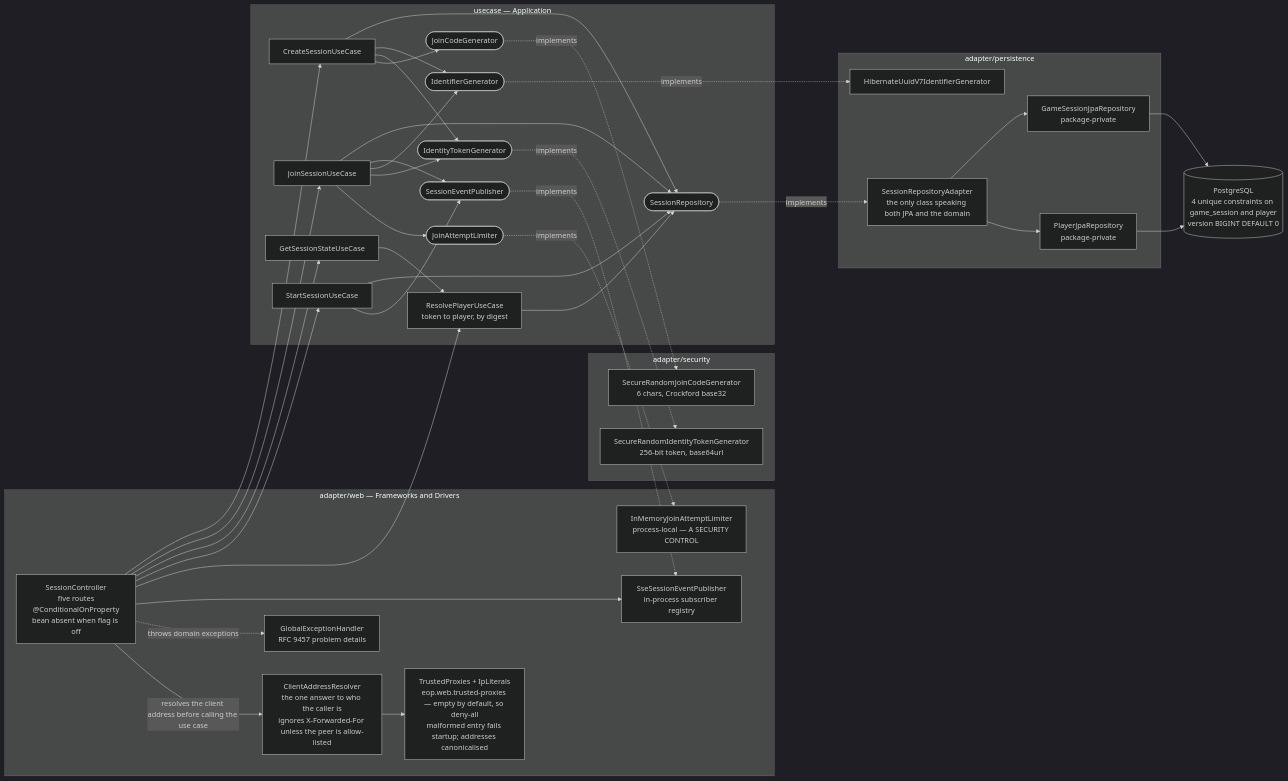
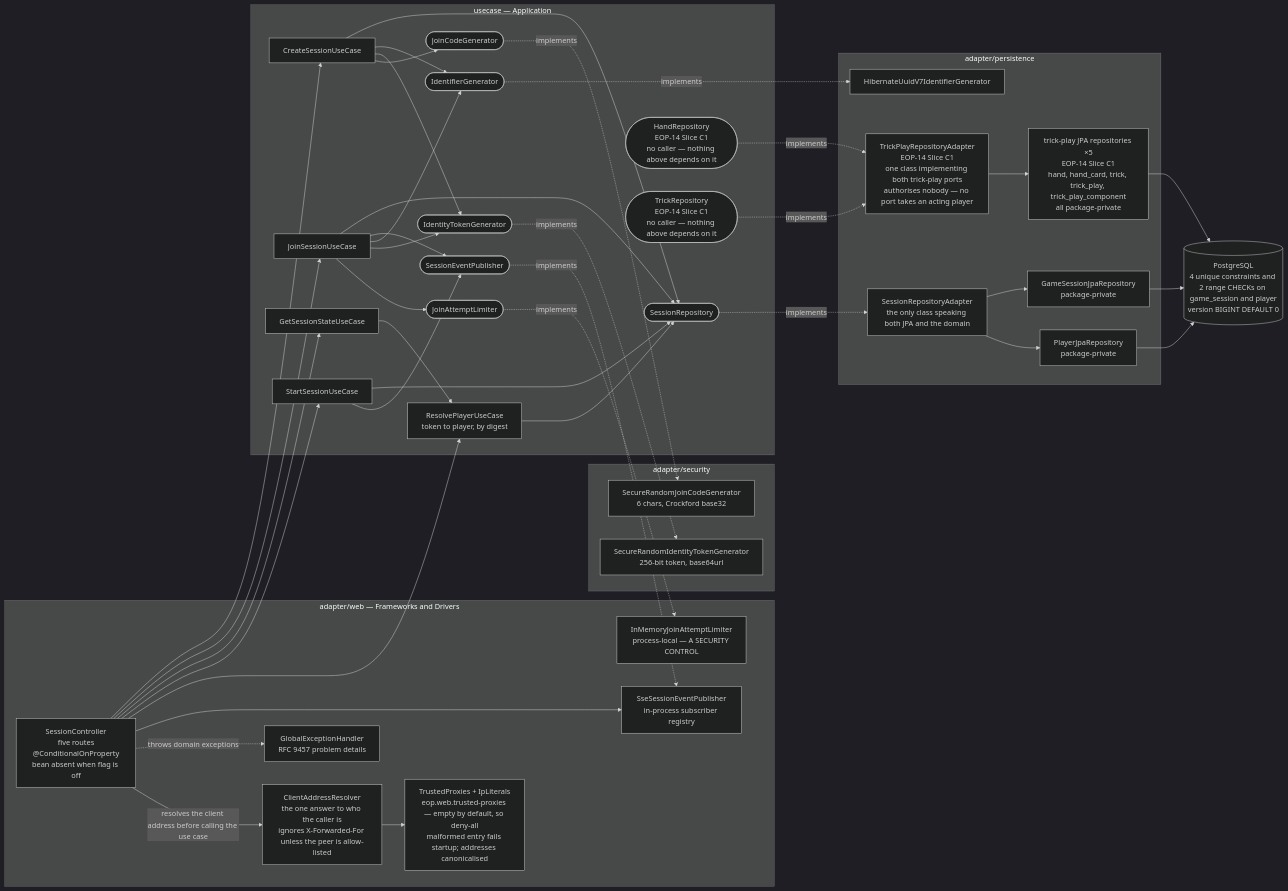
One commit to maglez/eop-threat-medeling changed the second of 3 diagrams in docs/architecture/C4-Diagrams.md. Above: the diagram before and after it, drawn with Mermaid (dark theme). The commit also changed other lines of this file and 14 other files, not shown here.

````diff
--- a/docs/architecture/C4-Diagrams.md
+++ b/docs/architecture/C4-Diagrams.md
@@ -134,6 +141,8 @@
         P4(["IdentityTokenGenerator"])
         P5(["JoinCodeGenerator"])
         P6(["JoinAttemptLimiter"])
+        P7(["HandRepository<br/>EOP-14 Slice C1<br/>no caller — nothing above depends on it"])
+        P8(["TrickRepository<br/>EOP-14 Slice C1<br/>no caller — nothing above depends on it"])
     end
 
     subgraph persist["adapter/persistence"]
@@ -141,9 +150,11 @@
         GSR["GameSessionJpaRepository<br/>package-private"]
         PJR["PlayerJpaRepository<br/>package-private"]
         UUIDG["HibernateUuidV7IdentifierGenerator"]
+        TPRA["TrickPlayRepositoryAdapter<br/>EOP-14 Slice C1<br/>one class implementing both trick-play ports<br/>authorises nobody — no port takes an acting player"]
+        TPJR["trick-play JPA repositories ×5<br/>EOP-14 Slice C1<br/>hand, hand_card, trick, trick_play, trick_play_component<br/>all package-private"]
     end
 
-    DB[("PostgreSQL<br/>4 unique constraints on game_session and player<br/>version BIGINT DEFAULT 0")]
+    DB[("PostgreSQL<br/>4 unique constraints and 2 range CHECKs on game_session and player<br/>version BIGINT DEFAULT 0")]
 
     SC --> CREATE
     SC --> JOIN
@@ -175,9 +186,13 @@
     P4 -.->|implements| TOK
     P5 -.->|implements| JC
     P6 -.->|implements| LIM
+    P7 -.->|implements| TPRA
+    P8 -.->|implements| TPRA
 
     SRA --> GSR
     SRA --> PJR
     GSR --> DB
     PJR --> DB
+    TPRA --> TPJR
+    TPJR --> DB
 ```
````
